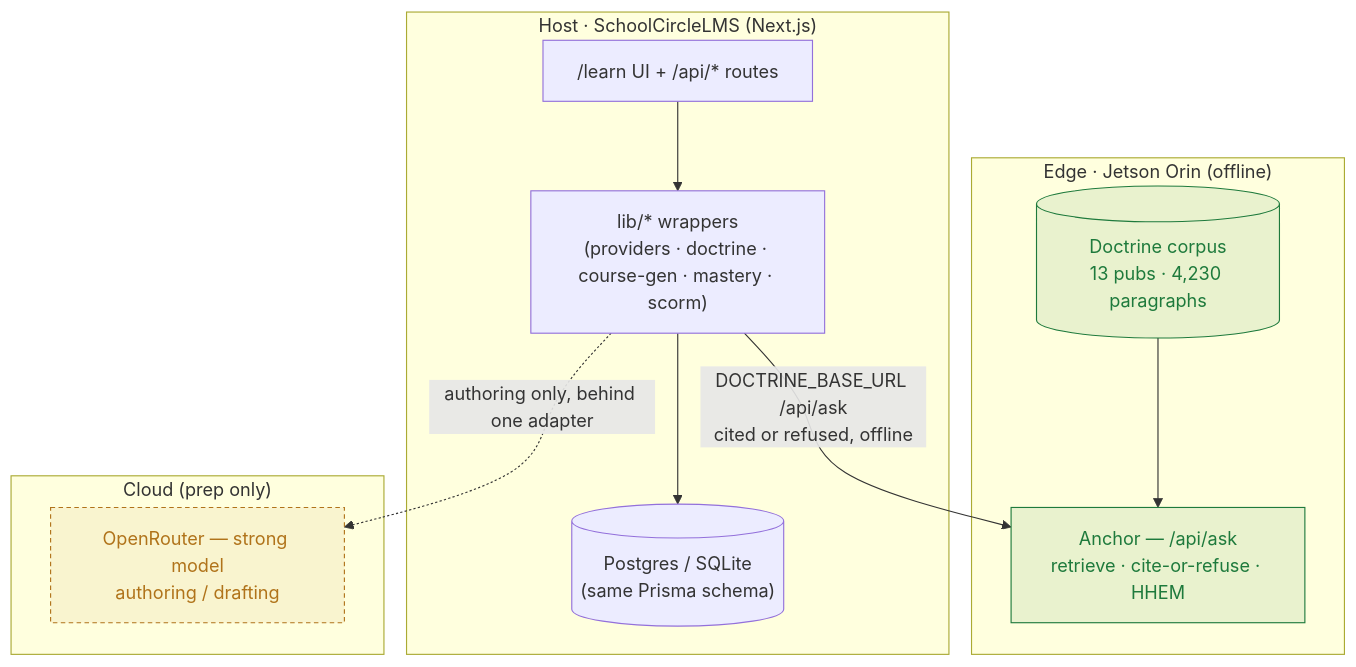
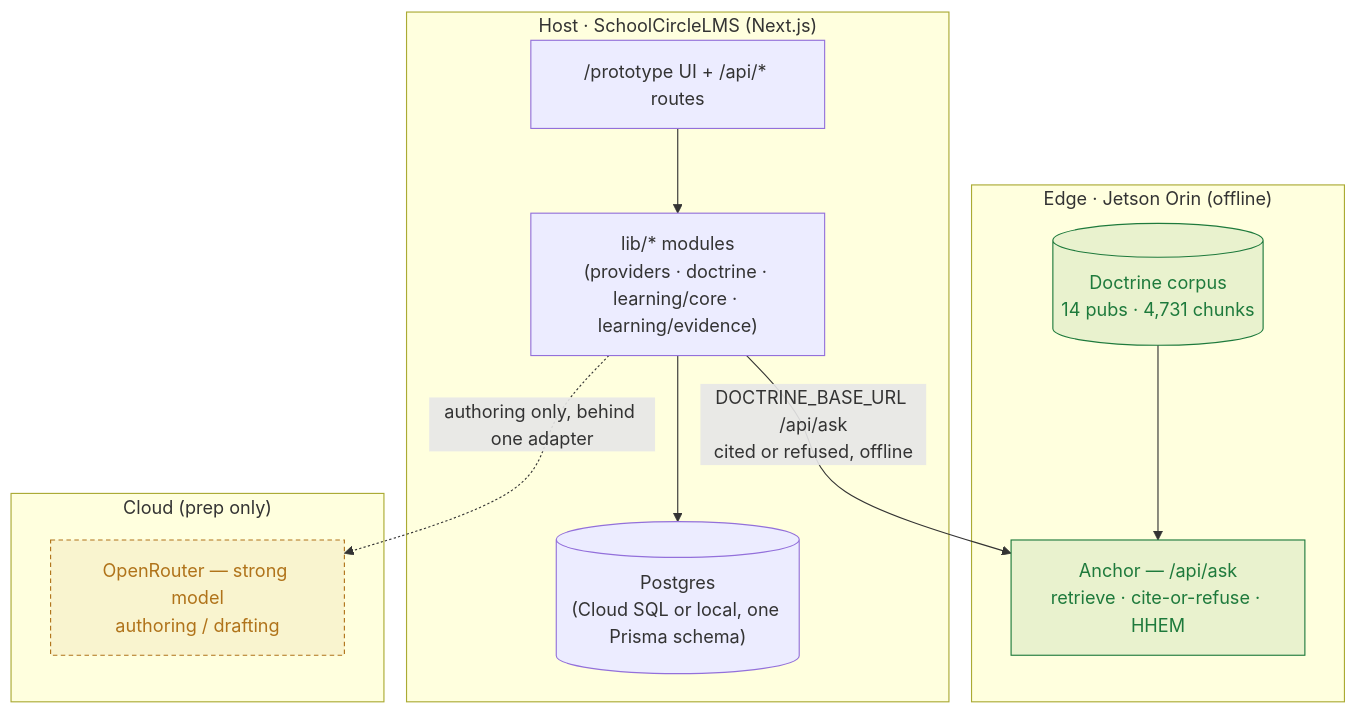
Before and after one commit to groundworklms/SchoolCircleLMS: the diagram in docs/02-architecture.md, drawn with Mermaid. The commit also changed other lines of this file and 12 other files, not shown here.

````diff
--- a/docs/02-architecture.md
+++ b/docs/02-architecture.md
@@ -28,23 +28,23 @@
 ```mermaid
 flowchart TB
   subgraph EDGE["Edge · Jetson Orin (offline)"]
     AN["Anchor — /api/ask<br/>retrieve · cite-or-refuse · HHEM"]
-    CORPUS[("Doctrine corpus<br/>13 pubs · 4,230 paragraphs")]
+    CORPUS[("Doctrine corpus<br/>14 pubs · 4,731 chunks")]
     CORPUS --> AN
   end
   subgraph HOST["Host · SchoolCircleLMS (Next.js)"]
-    APP["/learn UI + /api/* routes"]
-    LIB["lib/* wrappers<br/>(providers · doctrine · course-gen · mastery · scorm)"]
-    DB[("Postgres / SQLite<br/>(same Prisma schema)")]
+    APP["/prototype UI + /api/* routes"]
+    LIB["lib/* modules<br/>(providers · doctrine · learning/core · learning/evidence)"]
+    DB[("Postgres<br/>(Cloud SQL or local, one Prisma schema)")]
     APP --> LIB --> DB
   end
   subgraph CLOUD["Cloud (prep only)"]
     OR["OpenRouter — strong model<br/>authoring / drafting"]
   end
   LIB -->|"DOCTRINE_BASE_URL /api/ask<br/>cited or refused, offline"| AN
   LIB -.->|"authoring only, behind one adapter"| OR
   classDef edge fill:#1e7a3c18,stroke:#1e7a3c,color:#1e7a3c;
   classDef cloud fill:#b0731a14,stroke:#b0731a,color:#b0731a,stroke-dasharray:4 3;
   class AN,CORPUS edge;
   class OR cloud;
 ```
````
